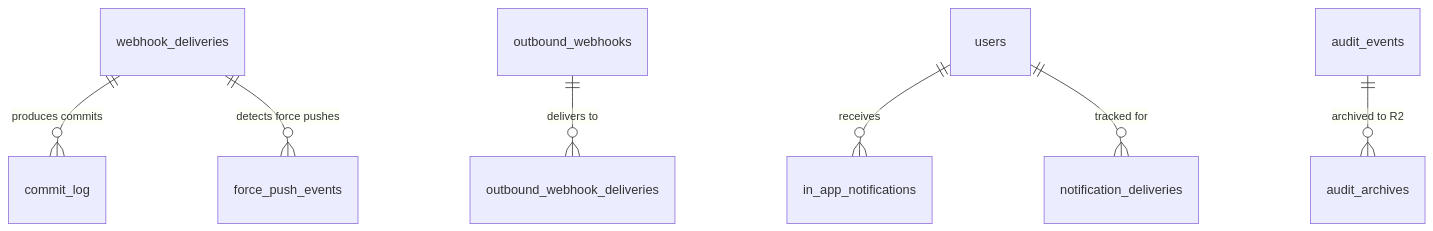
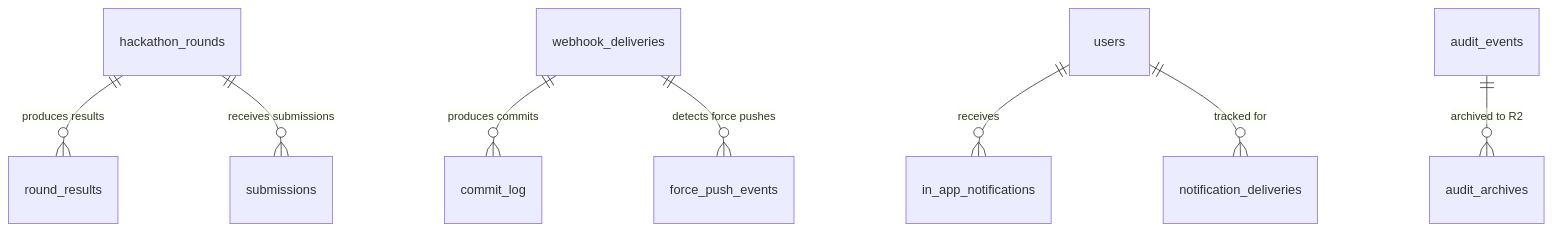
The second of 4 diagrams in docs/v3/planned/data-model.md (devangshupandey2025-stack/DevSage), drawn with Mermaid before and after one commit. The commit also changed other lines of this file and 1 other file, not shown here.

````diff
--- a/docs/v3/planned/data-model.md
+++ b/docs/v3/planned/data-model.md
@@ -123,13 +121,14 @@
 ```mermaid
 erDiagram
+    hackathon_rounds ||--o{ round_results : "produces results"
+    hackathon_rounds ||--o{ submissions : "receives submissions"
+
     webhook_deliveries ||--o{ commit_log : "produces commits"
     webhook_deliveries ||--o{ force_push_events : "detects force pushes"
-
-    outbound_webhooks ||--o{ outbound_webhook_deliveries : "delivers to"
 
     users ||--o{ in_app_notifications : "receives"
     users ||--o{ notification_deliveries : "tracked for"
 
 
     audit_events ||--o{ audit_archives : "archived to R2"
 ```
````
